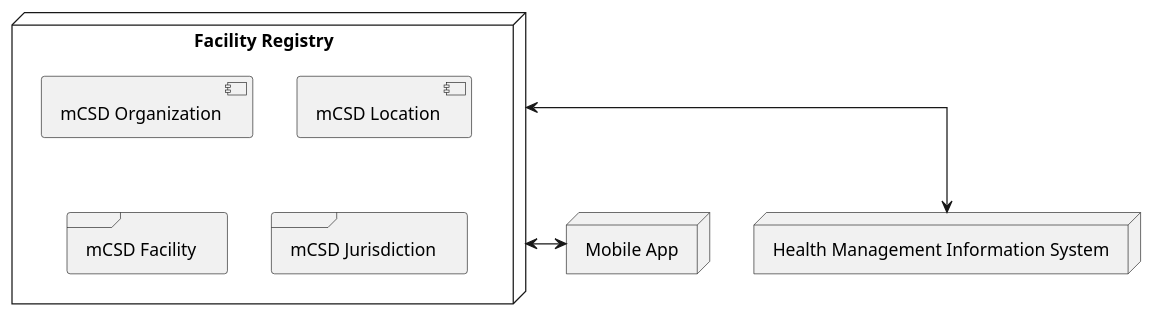
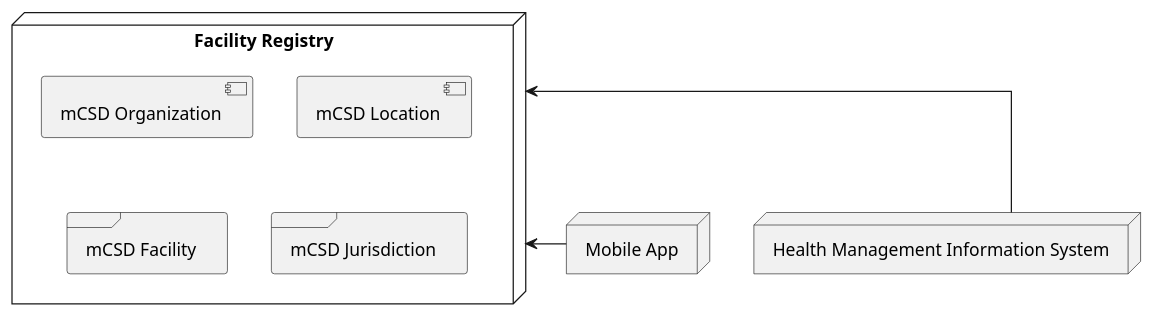
The third of 8 diagrams in mCSD-Whitepaper.plantuml (IHE/mCSD-Whitepaper), drawn with PlantUML before and after one commit. The commit also changed other lines of this file and 5 other files, not shown here.

Commit message:
Updated diagrams for facility registry.

```diff
--- a/mCSD-Whitepaper.plantuml
+++ b/mCSD-Whitepaper.plantuml
@@ -54,18 +54,19 @@
 @startuml simple-facility-registry
 skinparam componentStyle uml2
 skinparam linetype ortho
 
 node registry as "Facility Registry" {
   component forg as "mCSD Organization"
   component floc as "mCSD Location"
   frame "mCSD Facility"
   frame "mCSD Jurisdiction"
 }
 together {
   node hmis as "Health Management Information System"
   node mobile as "Mobile App"
 }
-registry <--> hmis 
-registry <--> mobile 
+registry -[hidden]-> hmis
+registry <-- hmis 
+registry <-- mobile 
 
 @enduml
```
